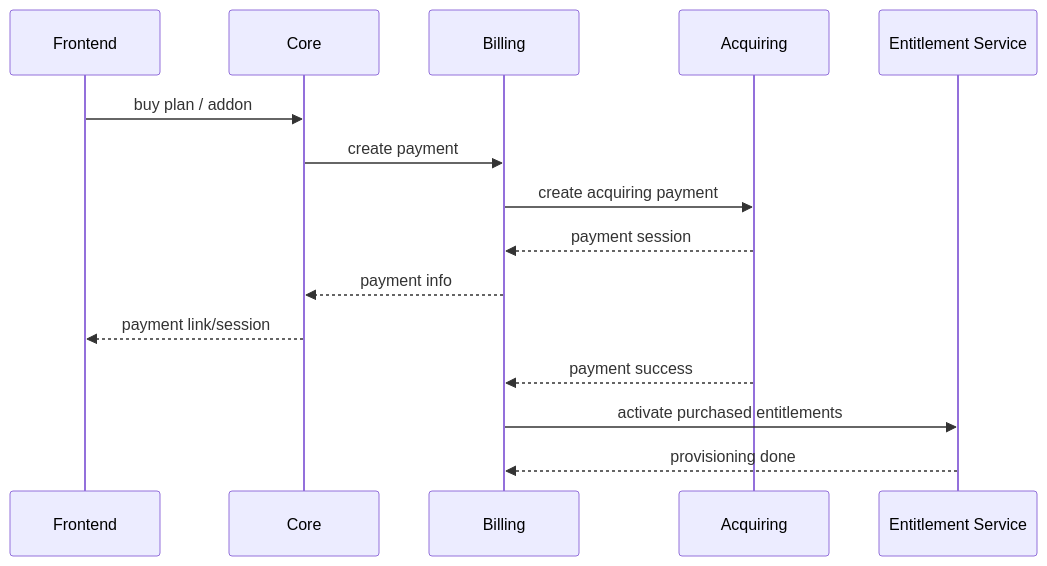
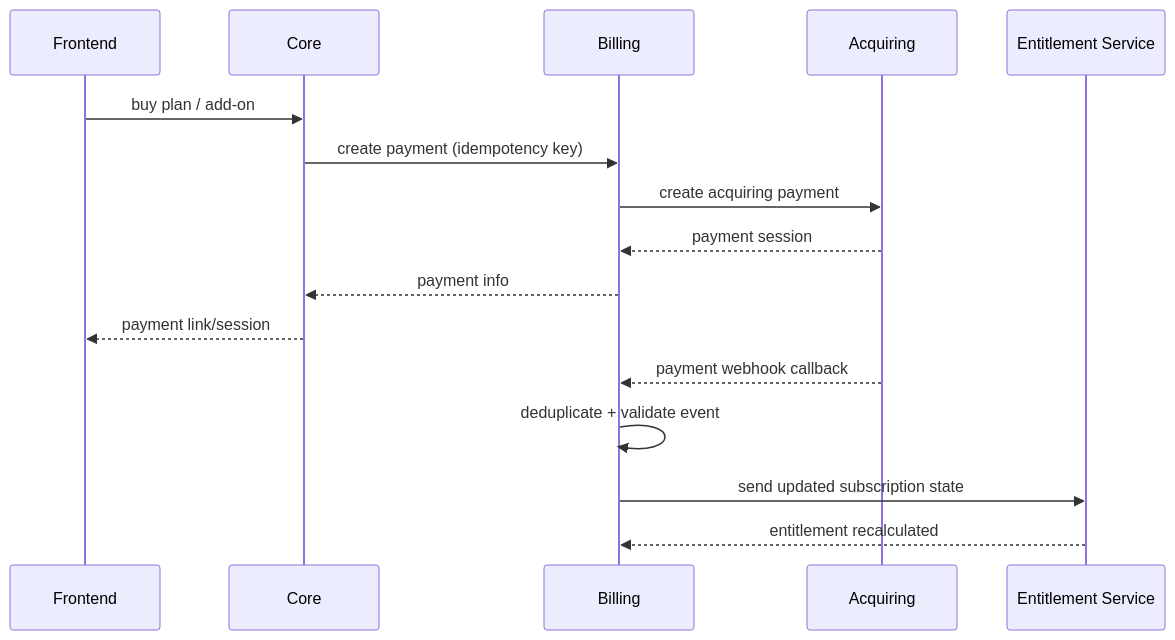
The seventh of 8 diagrams in docs/architecture_draft/09-data-flows.md (yakoodev/DigitalDealsCRM), drawn with Mermaid before and after one commit. The commit also changed other lines of this file and 34 other files, not shown here.

Commit message:
docs: consolidate architecture package and add OpenAPI governance

````diff
--- a/docs/architecture_draft/09-data-flows.md
+++ b/docs/architecture_draft/09-data-flows.md
@@ -122,19 +140,20 @@
 ```mermaid
 sequenceDiagram
     participant FE as Frontend
     participant CORE as Core
     participant BILL as Billing
     participant PAY as Acquiring
     participant ENT as Entitlement Service
 
-    FE->>CORE: buy plan / addon
-    CORE->>BILL: create payment
+    FE->>CORE: buy plan / add-on
+    CORE->>BILL: create payment (idempotency key)
     BILL->>PAY: create acquiring payment
     PAY-->>BILL: payment session
     BILL-->>CORE: payment info
     CORE-->>FE: payment link/session
 
-    PAY-->>BILL: payment success
-    BILL->>ENT: activate purchased entitlements
-    ENT-->>BILL: provisioning done
+    PAY-->>BILL: payment webhook callback
+    BILL->>BILL: deduplicate + validate event
+    BILL->>ENT: send updated subscription state
+    ENT-->>BILL: entitlement recalculated
 ```
````
